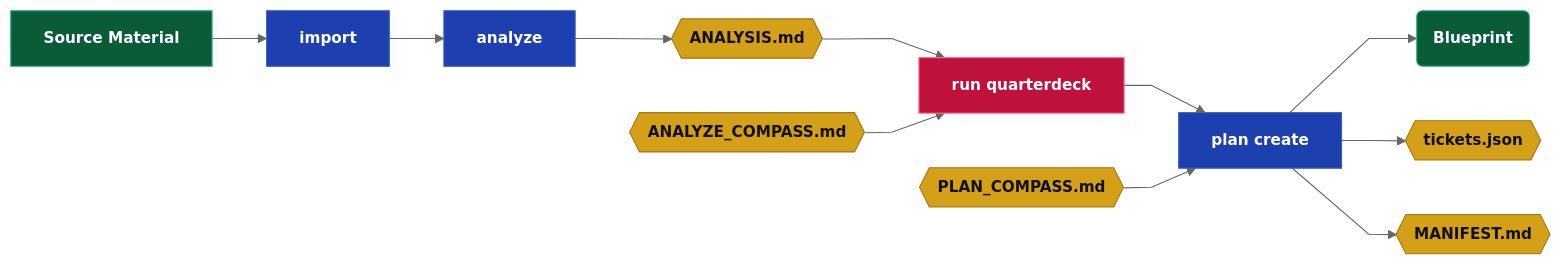
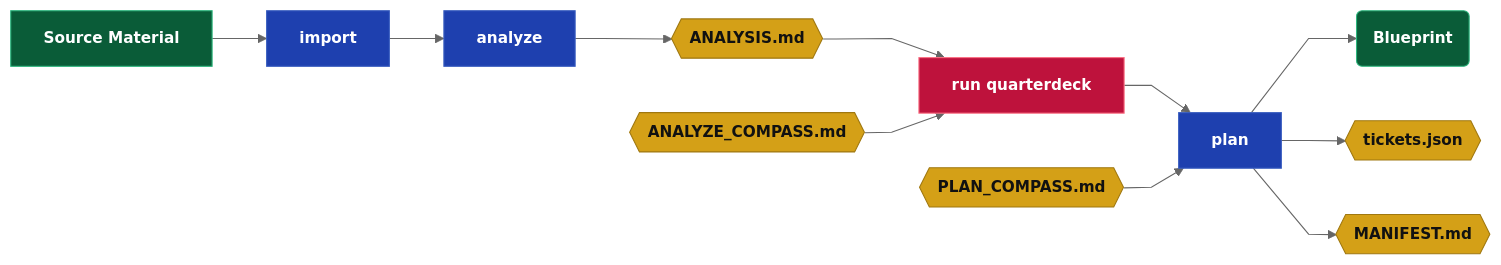
One commit to webcloudstudio/Drydock changed the third of 8 diagrams in docs/Drydock_Specification.md. Above: the diagram before and after it, drawn with Mermaid. The commit also changed other lines of this file and 1 other file, not shown here.

````diff
--- a/docs/Drydock_Specification.md
+++ b/docs/Drydock_Specification.md
@@ -198,21 +198,21 @@
 ```mermaid
 %%{init: {'theme': 'neutral', 'flowchart': {'curve': 'linear'}, 'themeVariables': {'fontSize': '14px'}}}%%
 flowchart LR
   classDef dir    fill:#0a5c38,stroke:#2cb67d,color:#fff,font-weight:bold
   classDef md     fill:#d4a017,stroke:#a07810,color:#111,font-weight:bold
   classDef script fill:#1e40af,stroke:#3b5fc0,color:#fff,font-weight:bold
   classDef prompt fill:#c2410c,stroke:#ea580c,color:#fff,font-weight:bold
   classDef output fill:#6d28d9,stroke:#8b5cf6,color:#fff,font-weight:bold
   classDef web    fill:#be123c,stroke:#fb7185,color:#fff,font-weight:bold
 
   SRC["Source Material"]:::dir --> IMPORT["import"]:::script
   IMPORT --> ANALYZE["analyze"]:::script
   ANALYZE --> ANALYSIS{{"ANALYSIS.md"}}:::md
   ANALYSIS --> QUARTERDECK["run quarterdeck"]:::web
   ACOMPASS{{"ANALYZE_COMPASS.md"}}:::md --> QUARTERDECK
-  QUARTERDECK --> PLANCREATE["plan create"]:::script
+  QUARTERDECK --> PLANCREATE["plan"]:::script
   PCOMPASS{{"PLAN_COMPASS.md"}}:::md --> PLANCREATE
   PLANCREATE --> BLUEPRINT("Blueprint"):::dir
   PLANCREATE --> BCOMPASS{{"tickets.json"}}:::md
   PLANCREATE --> MANIFEST{{"MANIFEST.md"}}:::md
 ```
````
